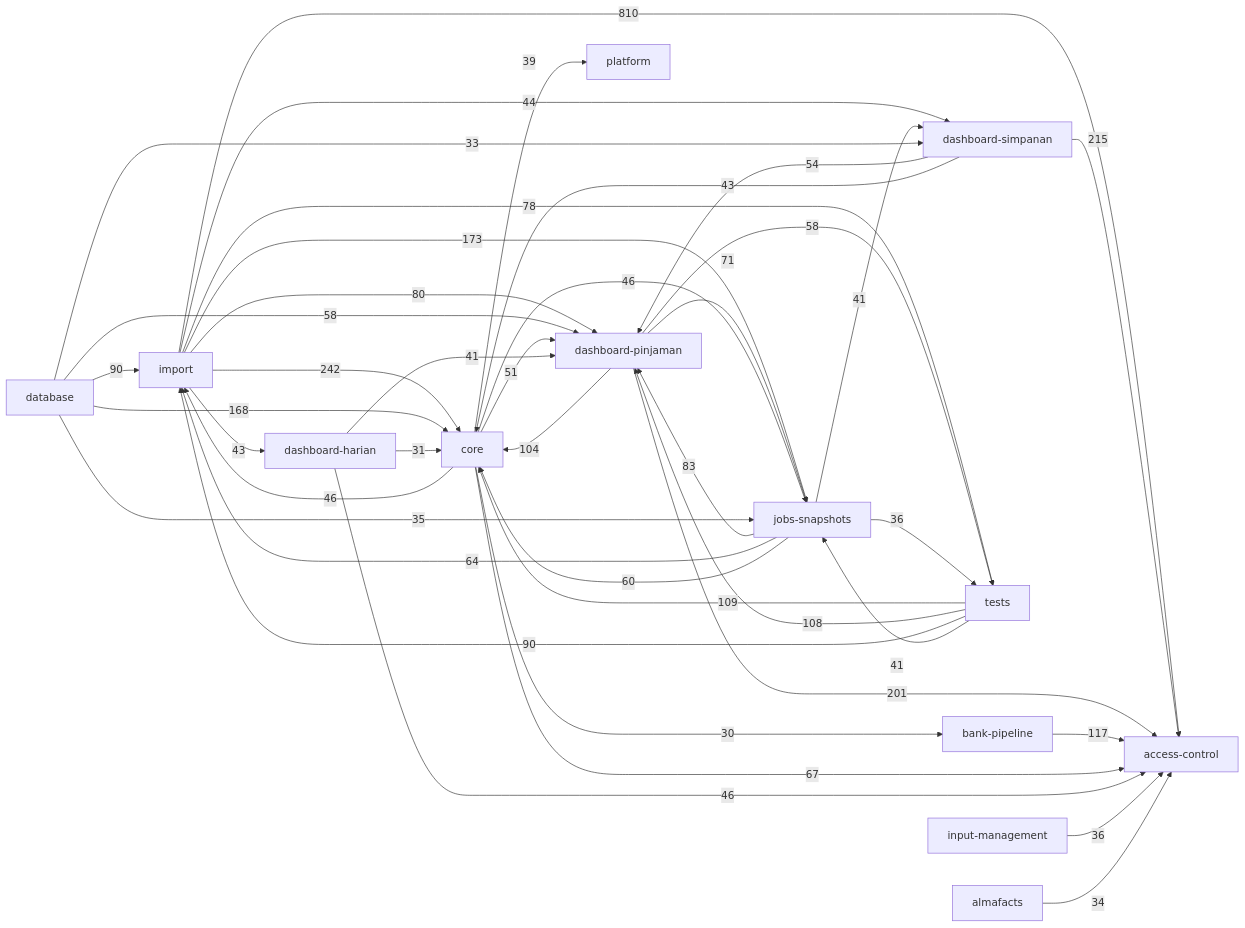
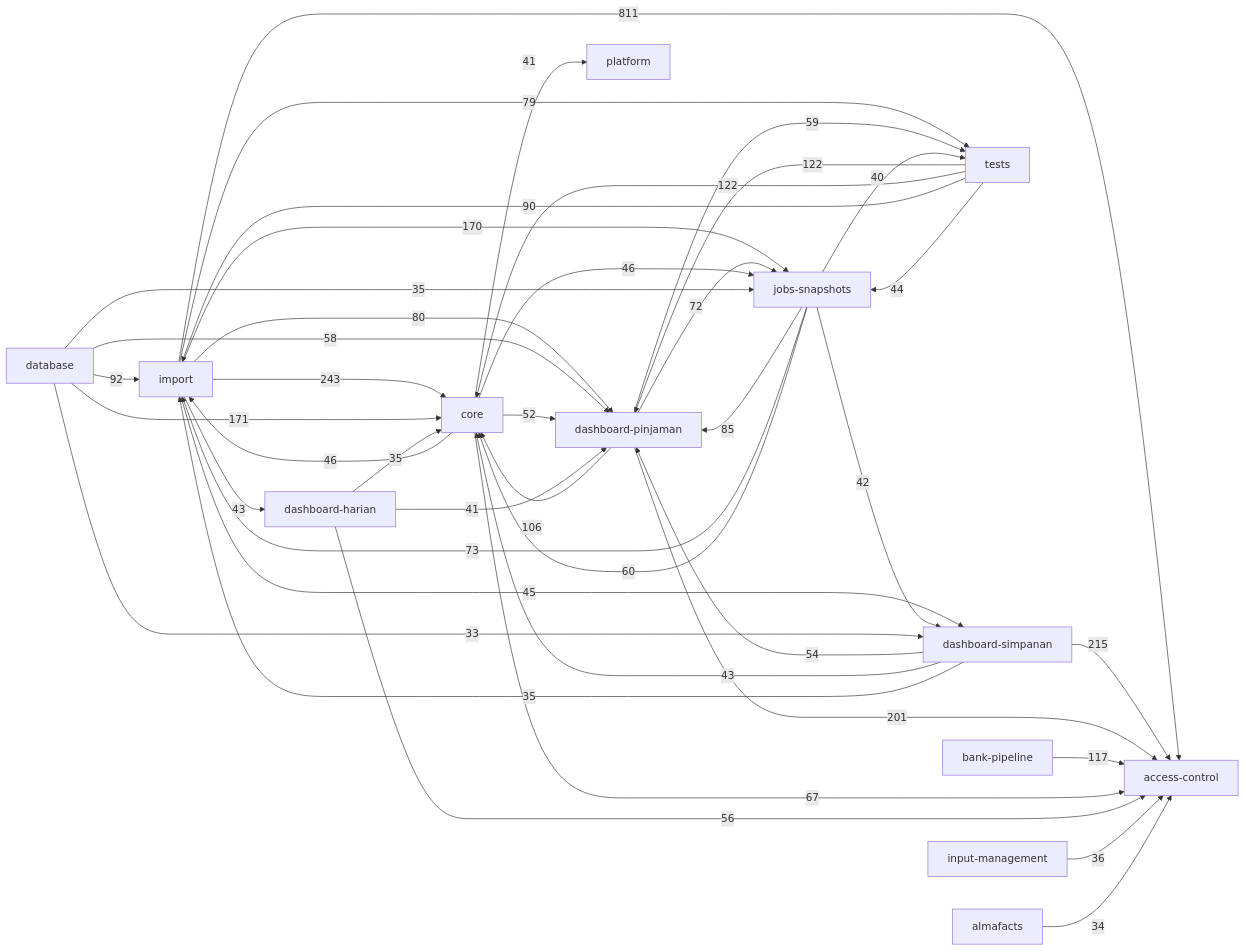
Before and after one commit to RizalloN/project-abah: the diagram in docs/knowledge-graph/ARCHITECTURE.md, drawn with Mermaid. The commit also changed other lines of this file and 129 other files, not shown here.

````diff
--- a/docs/knowledge-graph/ARCHITECTURE.md
+++ b/docs/knowledge-graph/ARCHITECTURE.md
@@ -5,43 +5,43 @@
 ```mermaid
 flowchart LR
-    d_d942f64886["import"] -->|810| d_c393a69167["access-control"]
-    d_d942f64886["import"] -->|242| d_0d45f5fd46["core"]
+    d_d942f64886["import"] -->|811| d_c393a69167["access-control"]
+    d_d942f64886["import"] -->|243| d_0d45f5fd46["core"]
     d_90026ec21f["dashboard-simpanan"] -->|215| d_c393a69167["access-control"]
     d_c1933689a3["dashboard-pinjaman"] -->|201| d_c393a69167["access-control"]
-    d_d942f64886["import"] -->|173| d_7c16aa6a77["jobs-snapshots"]
-    d_3549b0028b["database"] -->|168| d_0d45f5fd46["core"]
+    d_3549b0028b["database"] -->|171| d_0d45f5fd46["core"]
+    d_d942f64886["import"] -->|170| d_7c16aa6a77["jobs-snapshots"]
+    d_59830ebc3a["tests"] -->|122| d_c1933689a3["dashboard-pinjaman"]
+    d_59830ebc3a["tests"] -->|122| d_0d45f5fd46["core"]
     d_39bcb775e4["bank-pipeline"] -->|117| d_c393a69167["access-control"]
-    d_59830ebc3a["tests"] -->|109| d_0d45f5fd46["core"]
-    d_59830ebc3a["tests"] -->|108| d_c1933689a3["dashboard-pinjaman"]
-    d_c1933689a3["dashboard-pinjaman"] -->|104| d_0d45f5fd46["core"]
-    d_3549b0028b["database"] -->|90| d_d942f64886["import"]
+    d_c1933689a3["dashboard-pinjaman"] -->|106| d_0d45f5fd46["core"]
+    d_3549b0028b["database"] -->|92| d_d942f64886["import"]
     d_59830ebc3a["tests"] -->|90| d_d942f64886["import"]
-    d_7c16aa6a77["jobs-snapshots"] -->|83| d_c1933689a3["dashboard-pinjaman"]
+    d_7c16aa6a77["jobs-snapshots"] -->|85| d_c1933689a3["dashboard-pinjaman"]
     d_d942f64886["import"] -->|80| d_c1933689a3["dashboard-pinjaman"]
-    d_d942f64886["import"] -->|78| d_59830ebc3a["tests"]
-    d_c1933689a3["dashboard-pinjaman"] -->|71| d_7c16aa6a77["jobs-snapshots"]
+    d_d942f64886["import"] -->|79| d_59830ebc3a["tests"]
+    d_7c16aa6a77["jobs-snapshots"] -->|73| d_d942f64886["import"]
+    d_c1933689a3["dashboard-pinjaman"] -->|72| d_7c16aa6a77["jobs-snapshots"]
     d_0d45f5fd46["core"] -->|67| d_c393a69167["access-control"]
-    d_7c16aa6a77["jobs-snapshots"] -->|64| d_d942f64886["import"]
     d_7c16aa6a77["jobs-snapshots"] -->|60| d_0d45f5fd46["core"]
+    d_c1933689a3["dashboard-pinjaman"] -->|59| d_59830ebc3a["tests"]
     d_3549b0028b["database"] -->|58| d_c1933689a3["dashboard-pinjaman"]
-    d_c1933689a3["dashboard-pinjaman"] -->|58| d_59830ebc3a["tests"]
+    d_a0a49fdd98["dashboard-harian"] -->|56| d_c393a69167["access-control"]
     d_90026ec21f["dashboard-simpanan"] -->|54| d_c1933689a3["dashboard-pinjaman"]
-    d_0d45f5fd46["core"] -->|51| d_c1933689a3["dashboard-pinjaman"]
+    d_0d45f5fd46["core"] -->|52| d_c1933689a3["dashboard-pinjaman"]
     d_0d45f5fd46["core"] -->|46| d_7c16aa6a77["jobs-snapshots"]
     d_0d45f5fd46["core"] -->|46| d_d942f64886["import"]
-    d_a0a49fdd98["dashboard-harian"] -->|46| d_c393a69167["access-control"]
-    d_d942f64886["import"] -->|44| d_90026ec21f["dashboard-simpanan"]
+    d_d942f64886["import"] -->|45| d_90026ec21f["dashboard-simpanan"]
+    d_59830ebc3a["tests"] -->|44| d_7c16aa6a77["jobs-snapshots"]
     d_90026ec21f["dashboard-simpanan"] -->|43| d_0d45f5fd46["core"]
     d_d942f64886["import"] -->|43| d_a0a49fdd98["dashboard-harian"]
-    d_7c16aa6a77["jobs-snapshots"] -->|41| d_90026ec21f["dashboard-simpanan"]
+    d_7c16aa6a77["jobs-snapshots"] -->|42| d_90026ec21f["dashboard-simpanan"]
+    d_0d45f5fd46["core"] -->|41| d_d294fcce0c["platform"]
     d_a0a49fdd98["dashboard-harian"] -->|41| d_c1933689a3["dashboard-pinjaman"]
-    d_59830ebc3a["tests"] -->|41| d_7c16aa6a77["jobs-snapshots"]
-    d_0d45f5fd46["core"] -->|39| d_d294fcce0c["platform"]
+    d_7c16aa6a77["jobs-snapshots"] -->|40| d_59830ebc3a["tests"]
     d_b70a9d941d["input-management"] -->|36| d_c393a69167["access-control"]
-    d_7c16aa6a77["jobs-snapshots"] -->|36| d_59830ebc3a["tests"]
     d_3549b0028b["database"] -->|35| d_7c16aa6a77["jobs-snapshots"]
+    d_90026ec21f["dashboard-simpanan"] -->|35| d_d942f64886["import"]
+    d_a0a49fdd98["dashboard-harian"] -->|35| d_0d45f5fd46["core"]
     d_b89824cc5a["almafacts"] -->|34| d_c393a69167["access-control"]
     d_3549b0028b["database"] -->|33| d_90026ec21f["dashboard-simpanan"]
-    d_a0a49fdd98["dashboard-harian"] -->|31| d_0d45f5fd46["core"]
-    d_0d45f5fd46["core"] -->|30| d_39bcb775e4["bank-pipeline"]
 ```
````
